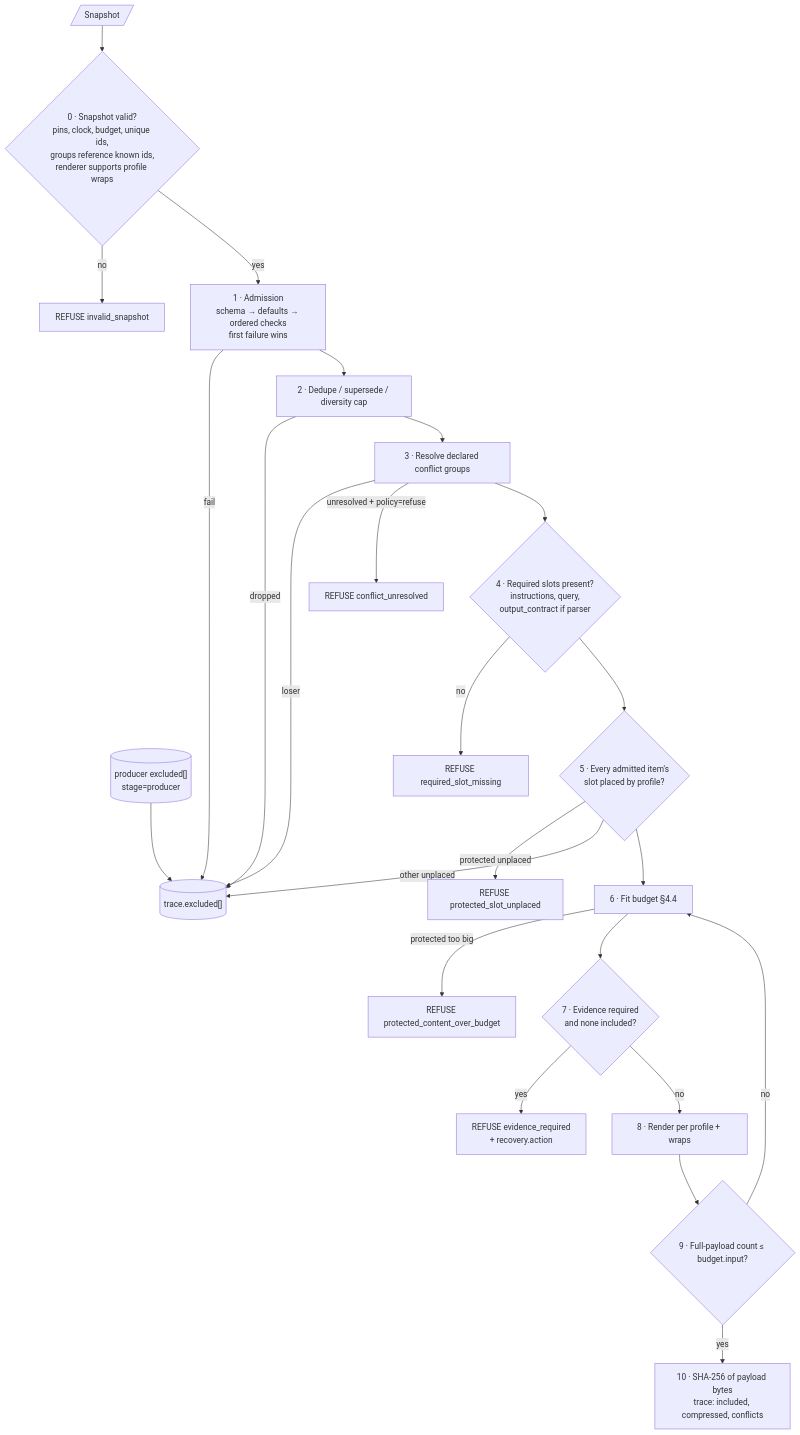
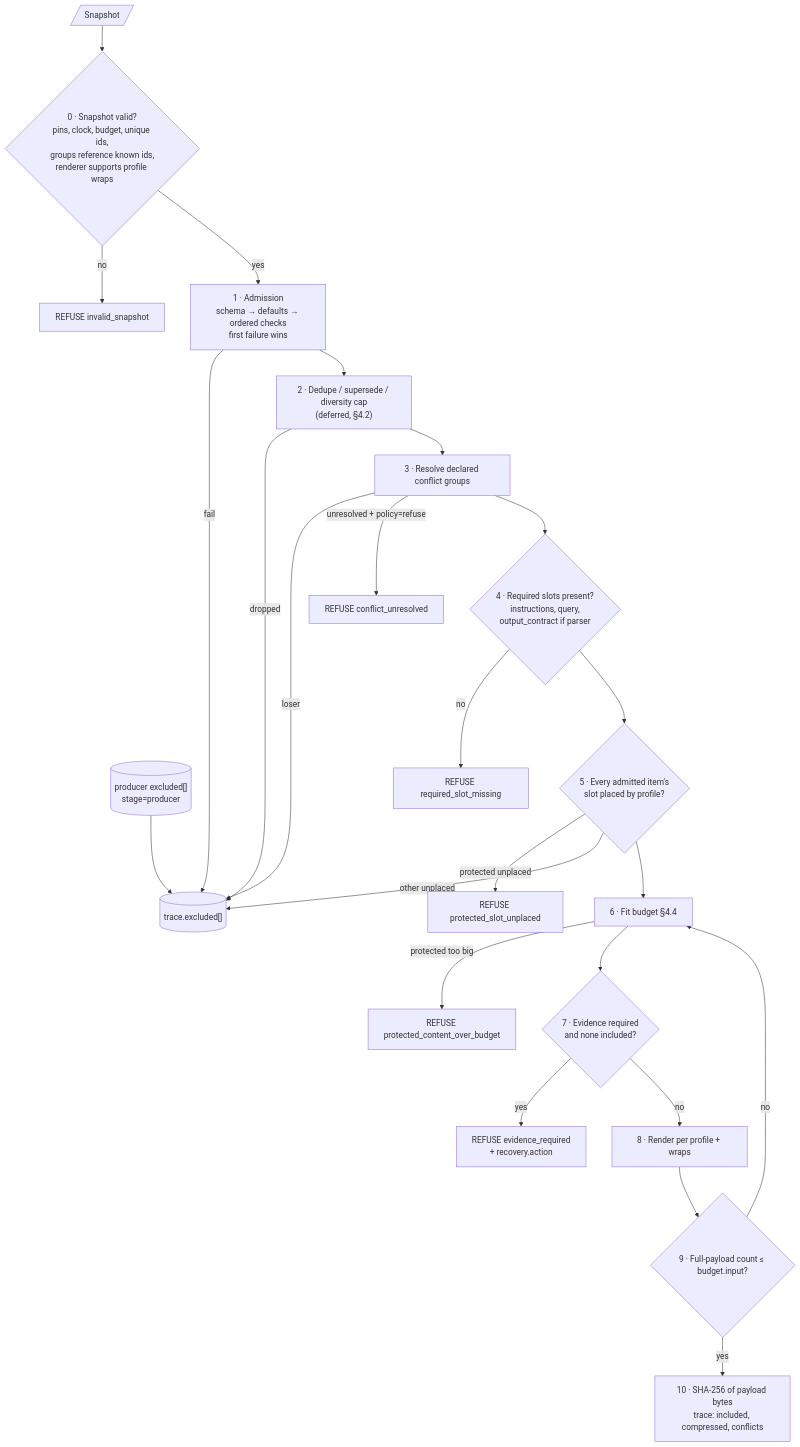
One commit to contextwindowarchitecture/assembler-python changed the fourth of 12 diagrams in docs/DESIGN.md. Above: the diagram before and after it, drawn with Mermaid. The commit also changed other lines of this file, not shown here.

````diff
--- a/docs/DESIGN.md
+++ b/docs/DESIGN.md
@@ -281,26 +285,26 @@
 ```mermaid
 flowchart TD
   S[/Snapshot/] --> V{"0 · Snapshot valid?<br/>pins, clock, budget, unique ids,<br/>groups reference known ids,<br/>renderer supports profile wraps"}
   V -- no --> RF0["REFUSE invalid_snapshot"]
   V -- yes --> AD["1 · Admission<br/>schema → defaults → ordered checks<br/>first failure wins"]
   PX[("producer excluded[]<br/>stage=producer")] --> EXC[("trace.excluded[]")]
   AD -- fail --> EXC
-  AD --> DD["2 · Dedupe / supersede / diversity cap"]
+  AD --> DD["2 · Dedupe / supersede / diversity cap<br/>(deferred, §4.2)"]
   DD -- dropped --> EXC
   DD --> CF["3 · Resolve declared conflict groups"]
   CF -- loser --> EXC
   CF -- "unresolved + policy=refuse" --> RF1["REFUSE conflict_unresolved"]
   CF --> RQ{"4 · Required slots present?<br/>instructions, query,<br/>output_contract if parser"}
   RQ -- no --> RF2["REFUSE required_slot_missing"]
   RQ --> PL{"5 · Every admitted item's<br/>slot placed by profile?"}
   PL -- "protected unplaced" --> RF3["REFUSE protected_slot_unplaced"]
   PL -- "other unplaced" --> EXC
   PL --> FIT["6 · Fit budget §4.4"]
   FIT -- "protected too big" --> RF4["REFUSE protected_content_over_budget"]
   FIT --> EV{"7 · Evidence required<br/>and none included?"}
   EV -- yes --> RF5["REFUSE evidence_required<br/>+ recovery.action"]
   EV -- no --> RN["8 · Render per profile + wraps"]
   RN --> CT{"9 · Full-payload count ≤ budget.input?"}
   CT -- no --> FIT
   CT -- yes --> H["10 · SHA-256 of payload bytes<br/>trace: included, compressed, conflicts"]
 ```
````
